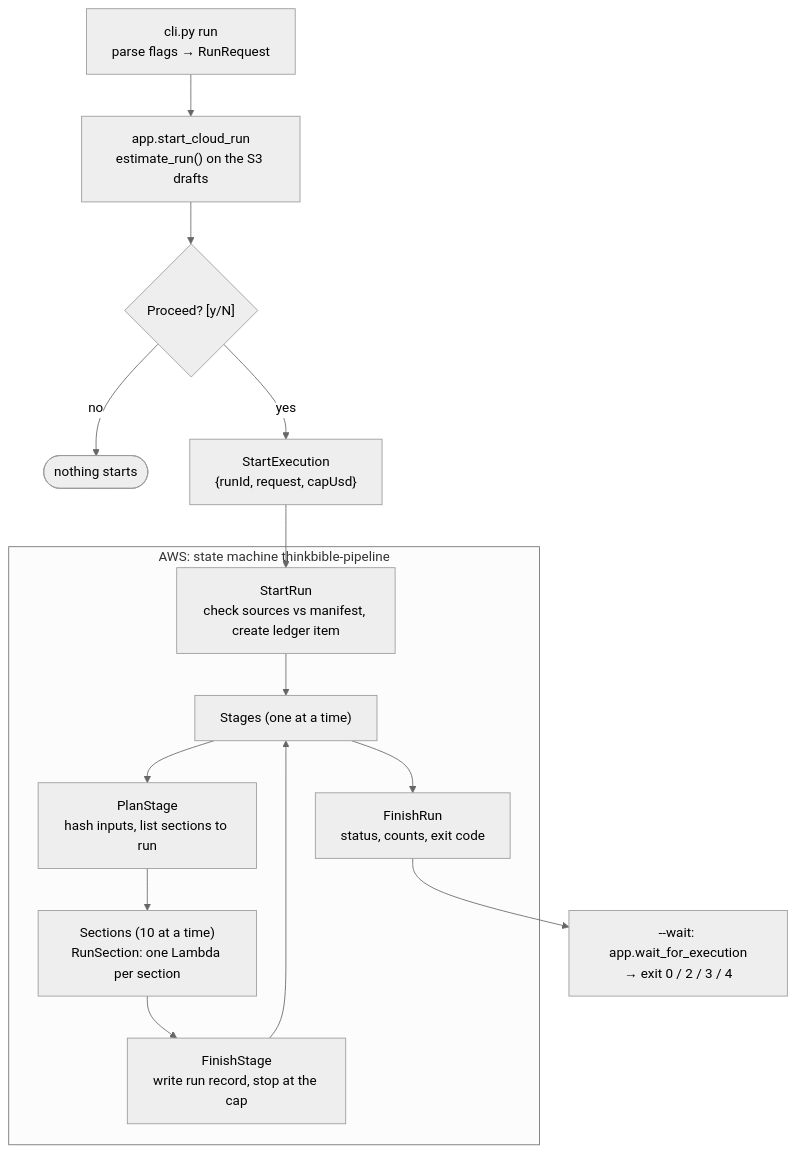
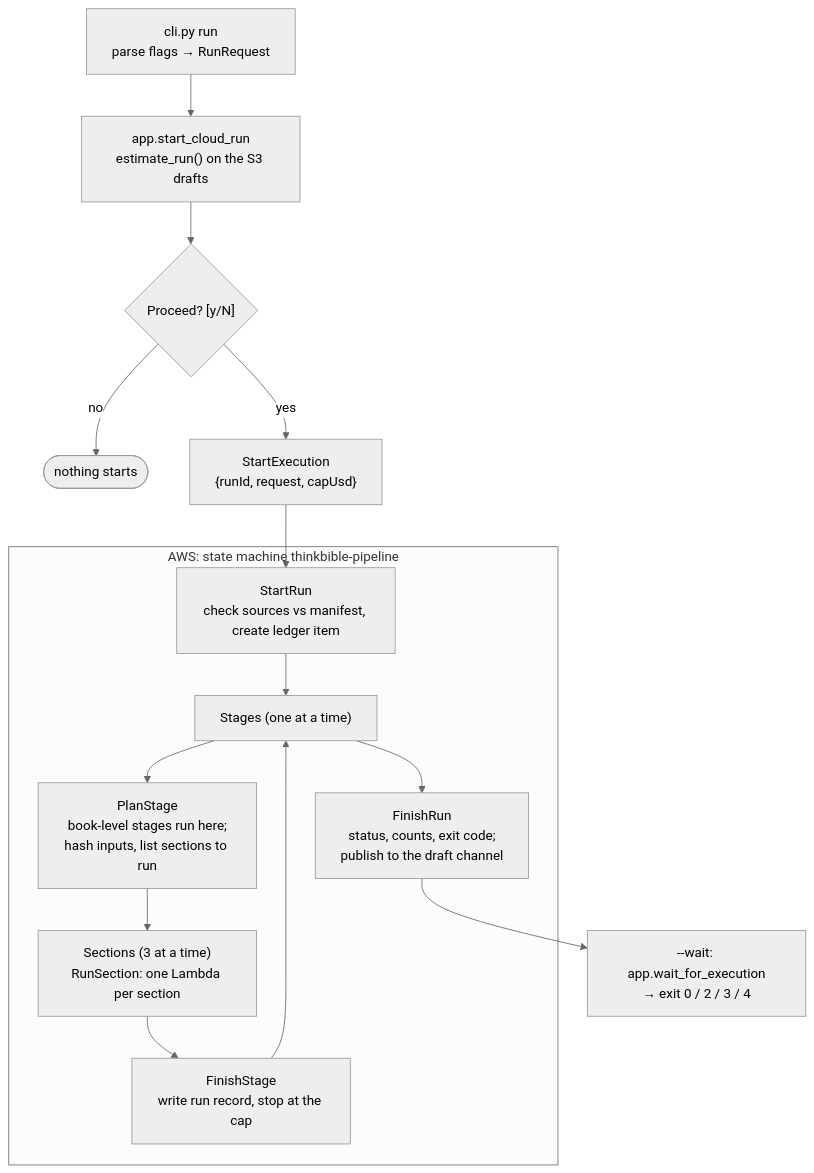
One commit to austin-english/thinkBible changed the first of 2 diagrams in pipeline/src/thinkbible_pipeline/README.md. Above: the diagram before and after it, drawn with Mermaid (neutral theme). The commit also changed other lines of this file and 13 other files, not shown here.

````diff
--- a/pipeline/src/thinkbible_pipeline/README.md
+++ b/pipeline/src/thinkbible_pipeline/README.md
@@ -123,20 +129,20 @@
 ```mermaid
 flowchart TD
     CLI["cli.py run<br/>parse flags → RunRequest"] --> EST["app.start_cloud_run<br/>estimate_run() on the S3 drafts"]
     EST --> OK{"Proceed? [y/N]"}
     OK -- no --> STOP(["nothing starts"])
     OK -- yes --> SFN["StartExecution<br/>{runId, request, capUsd}"]
 
     subgraph aws ["AWS: state machine thinkbible-pipeline"]
         SR["StartRun<br/>check sources vs manifest, create ledger item"]
         SR --> ST["Stages (one at a time)"]
-        ST --> PS["PlanStage<br/>hash inputs, list sections to run"]
-        PS --> SEC["Sections (10 at a time)<br/>RunSection: one Lambda per section"]
+        ST --> PS["PlanStage<br/>book-level stages run here;<br/>hash inputs, list sections to run"]
+        PS --> SEC["Sections (3 at a time)<br/>RunSection: one Lambda per section"]
         SEC --> FS["FinishStage<br/>write run record, stop at the cap"]
         FS --> ST
-        ST --> FR["FinishRun<br/>status, counts, exit code"]
+        ST --> FR["FinishRun<br/>status, counts, exit code;<br/>publish to the draft channel"]
     end
 
     SFN --> SR
     FR --> WAIT["--wait: app.wait_for_execution<br/>→ exit 0 / 2 / 3 / 4"]
 ```
````
